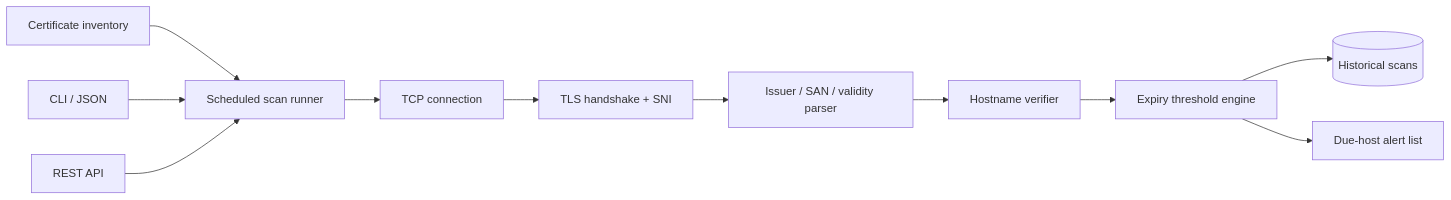
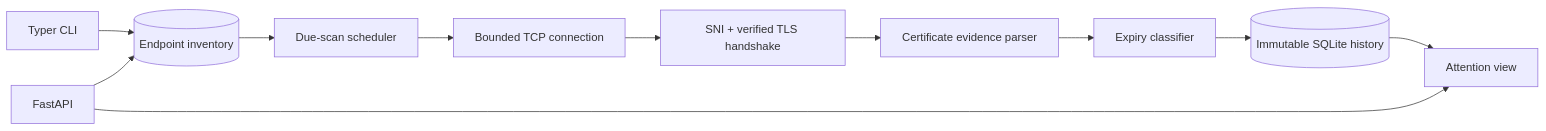
One commit to munashekwarai/certguardian changed the diagram in README.md. Above: the diagram before and after it, drawn with Mermaid. The commit also changed other lines of this file and 21 other files, not shown here.

Commit message:
feat: expand certificate inventory and scan operations

````diff
--- a/README.md
+++ b/README.md
@@ -21,13 +29,13 @@
 ```mermaid
 flowchart LR
-  Targets[Certificate inventory] --> Runner[Scheduled scan runner]
-  Runner --> Socket[TCP connection]
-  Socket --> Handshake[TLS handshake + SNI]
-  Handshake --> Parser[Issuer / SAN / validity parser]
-  Parser --> Hostname[Hostname verifier]
-  Hostname --> Thresholds[Expiry threshold engine]
-  Thresholds --> Scans[(Historical scans)]
-  Thresholds --> Due[Due-host alert list]
-  CLI[CLI / JSON] --> Runner
-  API[REST API] --> Runner
+ Inventory[(Endpoint inventory)] --> Due[Due-scan scheduler]
+ Due --> TCP[Bounded TCP connection]
+ TCP --> TLS[SNI + verified TLS handshake]
+ TLS --> Parse[Certificate evidence parser]
+ Parse --> Threshold[Expiry classifier]
+ Threshold --> History[(Immutable SQLite history)]
+ History --> Attention[Attention view]
+ CLI[Typer CLI] --> Inventory
+ API[FastAPI] --> Inventory
+ API --> Attention
 ```
````
